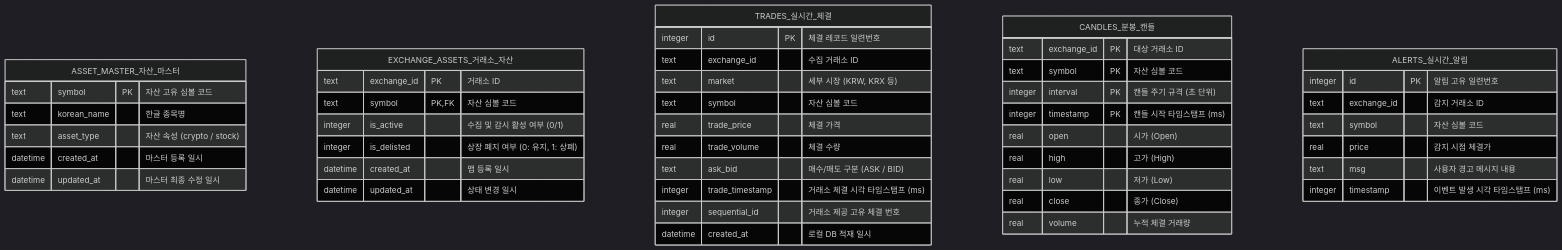
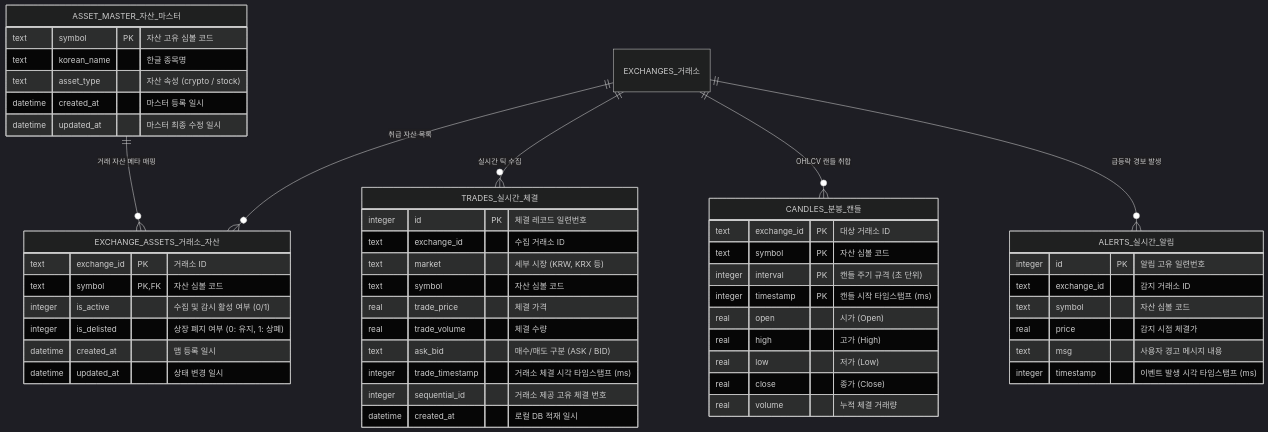
The third of 5 diagrams in docs/erd-specification.md (yslsoft-ui/ATS), drawn with Mermaid (dark theme) before and after one commit. The commit also changed other lines of this file, not shown here.

Commit message:
docs: ERD 명세서 내 영역별 상세 다이어그램에 테이블 릴레이션 관계선 추가

````diff
--- a/docs/erd-specification.md
+++ b/docs/erd-specification.md
@@ -158,53 +164,60 @@
 ```mermaid
 erDiagram
+    EXCHANGES_거래소 ||--o{ EXCHANGE_ASSETS_거래소_자산 : "취급 자산 목록"
+    EXCHANGES_거래소 ||--o{ TRADES_실시간_체결 : "실시간 틱 수집"
+    EXCHANGES_거래소 ||--o{ CANDLES_분봉_캔들 : "OHLCV 캔들 취합"
+    EXCHANGES_거래소 ||--o{ ALERTS_실시간_알림 : "급등락 경보 발생"
+    ASSET_MASTER_자산_마스터 ||--o{ EXCHANGE_ASSETS_거래소_자산 : "거래 자산 메타 매핑"
+
+    EXCHANGES_거래소 {}
     ASSET_MASTER_자산_마스터 {
         text symbol PK "자산 고유 심볼 코드"
         text korean_name "한글 종목명"
         text asset_type "자산 속성 (crypto / stock)"
         datetime created_at "마스터 등록 일시"
         datetime updated_at "마스터 최종 수정 일시"
     }
 
     EXCHANGE_ASSETS_거래소_자산 {
         text exchange_id PK "거래소 ID"
         text symbol PK, FK "자산 심볼 코드"
         integer is_active "수집 및 감시 활성 여부 (0/1)"
         integer is_delisted "상장 폐지 여부 (0: 유지, 1: 상폐)"
         datetime created_at "맵 등록 일시"
         datetime updated_at "상태 변경 일시"
     }
 
     TRADES_실시간_체결 {
         integer id PK "체결 레코드 일련번호"
         text exchange_id "수집 거래소 ID"
         text market "세부 시장 (KRW, KRX 등)"
         text symbol "자산 심볼 코드"
         real trade_price "체결 가격"
         real trade_volume "체결 수량"
         text ask_bid "매수/매도 구분 (ASK / BID)"
         integer trade_timestamp "거래소 체결 시각 타임스탬프 (ms)"
         integer sequential_id "거래소 제공 고유 체결 번호"
         datetime created_at "로컬 DB 적재 일시"
     }
 
     CANDLES_분봉_캔들 {
         text exchange_id PK "대상 거래소 ID"
         text symbol PK "자산 심볼 코드"
         integer interval PK "캔들 주기 규격 (초 단위)"
         integer timestamp PK "캔들 시작 타임스탬프 (ms)"
         real open "시가 (Open)"
         real high "고가 (High)"
         real low "저가 (Low)"
         real close "종가 (Close)"
         real volume "누적 체결 거래량"
     }
 
     ALERTS_실시간_알림 {
         integer id PK "알림 고유 일련번호"
         text exchange_id "감지 거래소 ID"
         text symbol "자산 심볼 코드"
         real price "감지 시점 체결가"
         text msg "사용자 경고 메시지 내용"
         integer timestamp "이벤트 발생 시각 타임스탬프 (ms)"
     }
 ```
````
